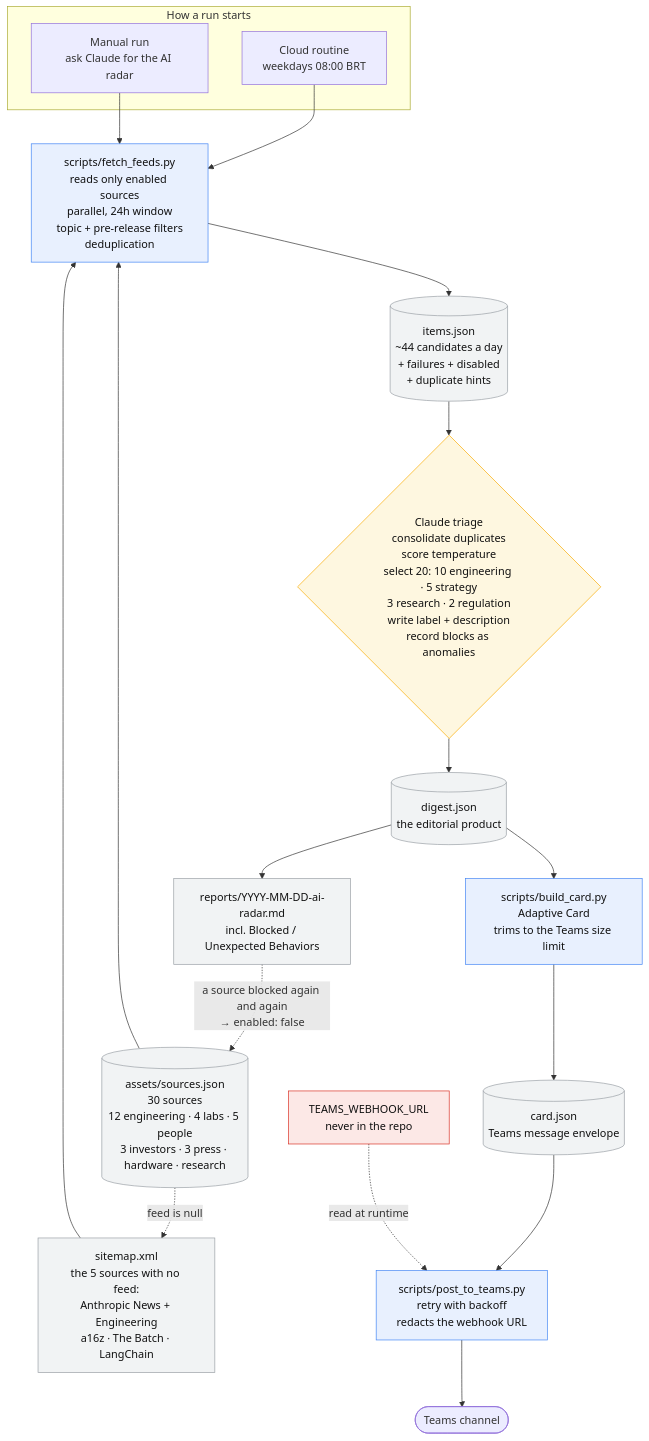
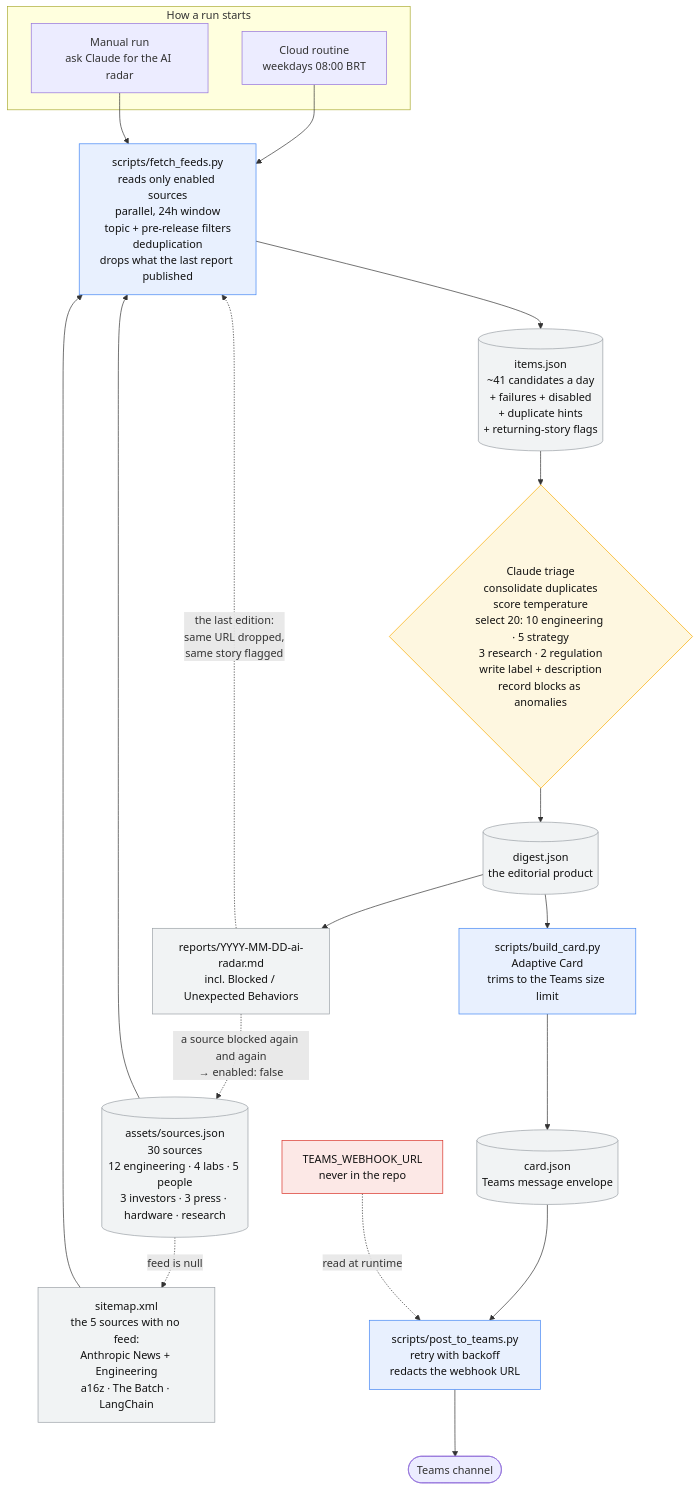
The diagram in README.md (werner-denzin/claude-labs), drawn with Mermaid before and after one commit. The commit also changed other lines of this file and 6 other files, not shown here.

````diff
--- a/README.md
+++ b/README.md
@@ -115,48 +115,49 @@
 ```mermaid
 flowchart TD
     subgraph triggers["How a run starts"]
         ROUTINE["Cloud routine<br>weekdays 08:00 BRT"]
         MANUAL["Manual run<br>ask Claude for the AI radar"]
     end
 
     CATALOG[("assets/sources.json<br>30 sources<br>12 engineering · 4 labs · 5 people<br>3 investors · 3 press · hardware · research")]
-    FETCH["scripts/fetch_feeds.py<br>reads only enabled sources<br>parallel, 24h window<br>topic + pre-release filters<br>deduplication"]
-    ITEMS[("items.json<br>~44 candidates a day<br>+ failures + disabled<br>+ duplicate hints")]
+    FETCH["scripts/fetch_feeds.py<br>reads only enabled sources<br>parallel, 24h window<br>topic + pre-release filters<br>deduplication<br>drops what the last report published"]
+    ITEMS[("items.json<br>~41 candidates a day<br>+ failures + disabled<br>+ duplicate hints<br>+ returning-story flags")]
     SITEMAP["sitemap.xml<br>the 5 sources with no feed:<br>Anthropic News + Engineering<br>a16z · The Batch · LangChain"]
 
     TRIAGE{"Claude triage<br>consolidate duplicates<br>score temperature<br>select 20: 10 engineering · 5 strategy<br>3 research · 2 regulation<br>write label + description<br>record blocks as anomalies"}
     DIGEST[("digest.json<br>the editorial product")]
 
     BUILD["scripts/build_card.py<br>Adaptive Card<br>trims to the Teams size limit"]
     CARD[("card.json<br>Teams message envelope")]
     POST["scripts/post_to_teams.py<br>retry with backoff<br>redacts the webhook URL"]
 
     TEAMS(["Teams channel"])
     ARCHIVE["reports/YYYY-MM-DD-ai-radar.md<br>incl. Blocked / Unexpected Behaviors"]
     SECRET["TEAMS_WEBHOOK_URL<br>never in the repo"]
 
     ROUTINE --> FETCH
     MANUAL --> FETCH
     CATALOG --> FETCH
     FETCH --> ITEMS
     CATALOG -. "feed is null" .-> SITEMAP
     SITEMAP --> FETCH
+    ARCHIVE -. "the last edition:<br>same URL dropped,<br>same story flagged" .-> FETCH
     ITEMS --> TRIAGE
     TRIAGE --> DIGEST
     DIGEST --> BUILD
     BUILD --> CARD
     CARD --> POST
     POST --> TEAMS
     DIGEST --> ARCHIVE
     ARCHIVE -. "a source blocked again and again<br>→ enabled: false" .-> CATALOG
     SECRET -. read at runtime .-> POST
 
     classDef script fill:#e8f0fe,stroke:#4285f4,color:#111
     classDef data fill:#f1f3f4,stroke:#9aa0a6,color:#111
     classDef judgment fill:#fef7e0,stroke:#f9ab00,color:#111
     classDef secret fill:#fce8e6,stroke:#d93025,color:#111
     class FETCH,BUILD,POST script
     class CATALOG,ITEMS,DIGEST,CARD,ARCHIVE,SITEMAP data
     class TRIAGE judgment
     class SECRET secret
 ```
````
